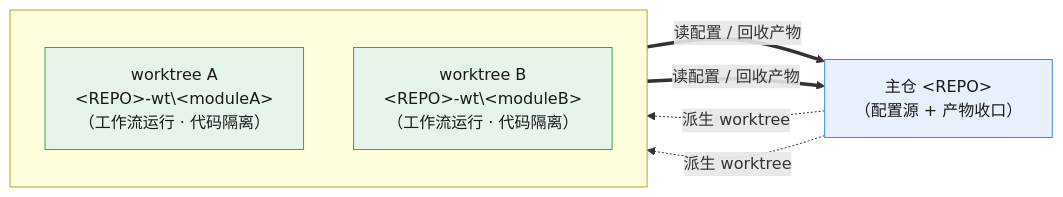
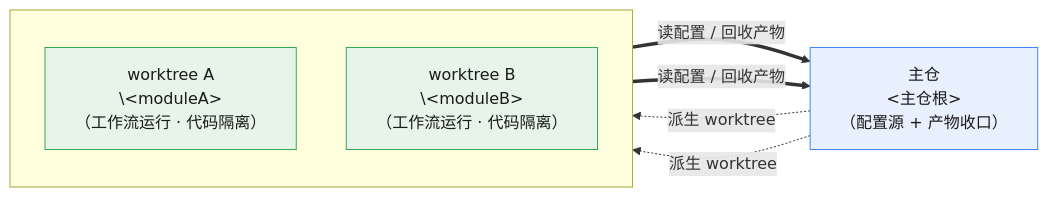
The diagram in .claude/commands/spec-wt.md (fengxinyhyl/agent-workflow), drawn with Mermaid before and after one commit. The commit also changed other lines of this file and 12 other files, not shown here.

````diff
--- a/.claude/commands/spec-wt.md
+++ b/.claude/commands/spec-wt.md
@@ -361,20 +319,20 @@
 ```mermaid
 flowchart LR
-    MAIN["主仓 &lt;REPO&gt;<br/>（配置源 + 产物收口）"]
+    MAIN["主仓<br/><主仓根><br/>（配置源 + 产物收口）"]
 
     subgraph WTS[" "]
         direction TB
-        WTA["worktree A<br/>&lt;REPO&gt;-wt\&lt;moduleA&gt;<br/>（工作流运行 · 代码隔离）"]
-        WTB["worktree B<br/>&lt;REPO&gt;-wt\&lt;moduleB&gt;<br/>（工作流运行 · 代码隔离）"]
+        WTA["worktree A<br/><worktree根>\&lt;moduleA&gt;<br/>（工作流运行 · 代码隔离）"]
+        WTB["worktree B<br/><worktree根>\&lt;moduleB&gt;<br/>（工作流运行 · 代码隔离）"]
     end
 
     MAIN -.->|"派生 worktree"| WTA
     MAIN -.->|"派生 worktree"| WTB
     WTA ==>|"读配置 / 回收产物"| MAIN
     WTB ==>|"读配置 / 回收产物"| MAIN
 
     classDef main fill:#e8f0fe,stroke:#4285f4,color:#1a1a1a;
     classDef wt fill:#e6f4ea,stroke:#34a853,color:#1a1a1a;
     class MAIN main;
     class WTA,WTB wt;
 ```
````
